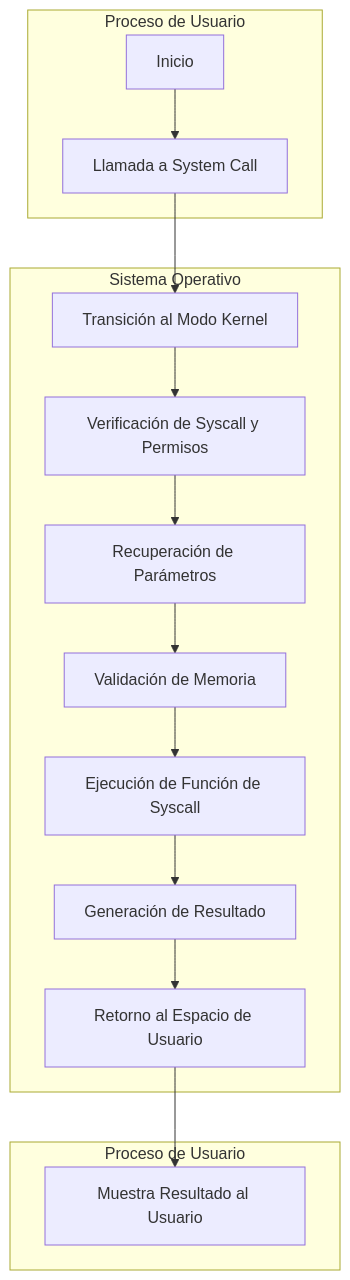
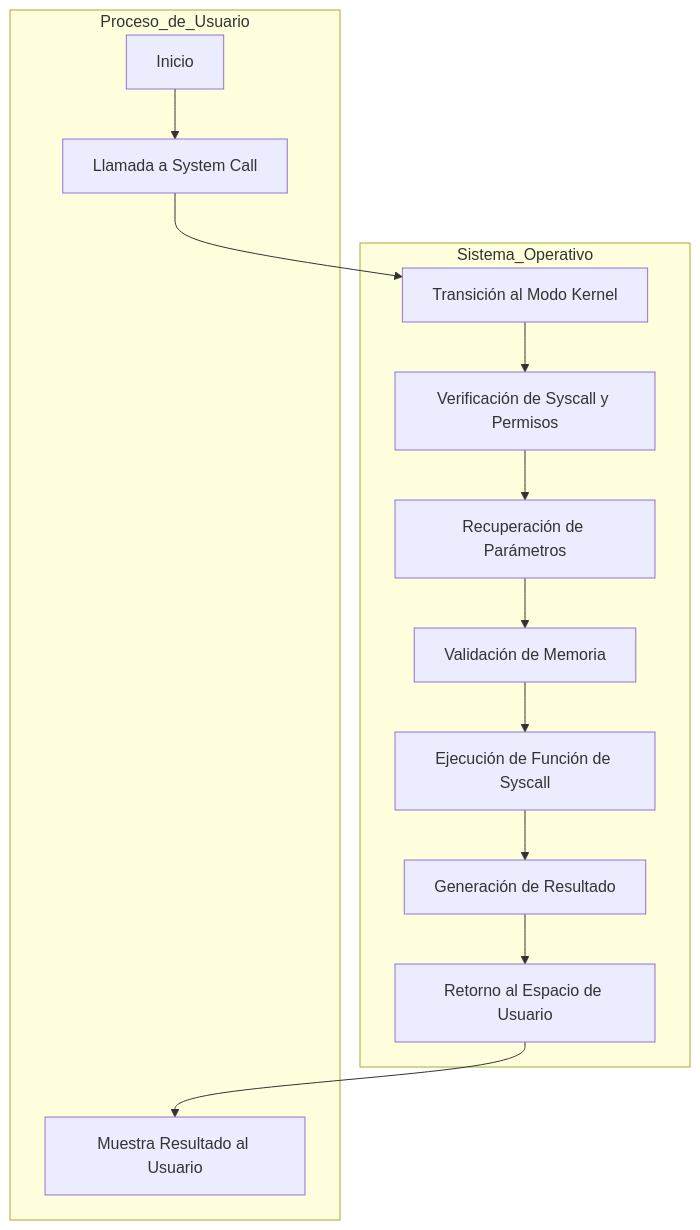
Before and after one commit to nickolasnolte1/OS-SysCall: the diagram in README.md, drawn with Mermaid.

````diff
--- a/README.md
+++ b/README.md
@@ -25,18 +25,19 @@
 ```mermaid
 graph TD;
-    subgraph Proceso de Usuario
+    subgraph Proceso_de_Usuario
         A[Inicio] --> B[Llamada a System Call]
     end
-    subgraph Sistema Operativo
+    subgraph Sistema_Operativo
         B --> C[Transición al Modo Kernel]
         C --> D[Verificación de Syscall y Permisos]
         D --> E[Recuperación de Parámetros]
         E --> F[Validación de Memoria]
         F --> G[Ejecución de Función de Syscall]
         G --> H[Generación de Resultado]
         H --> I[Retorno al Espacio de Usuario]
     end
-    subgraph Proceso de Usuario
+    subgraph Proceso_de_Usuario
         I --> J[Muestra Resultado al Usuario]
     end
+
 ```
````
